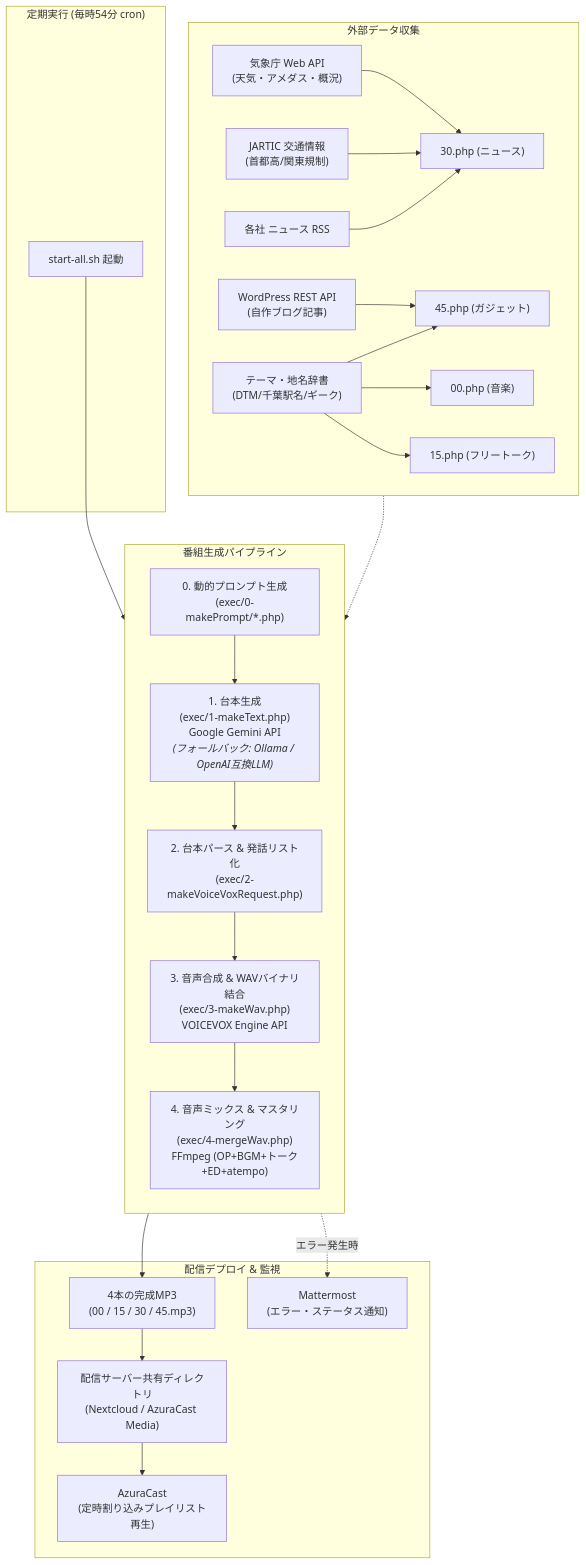
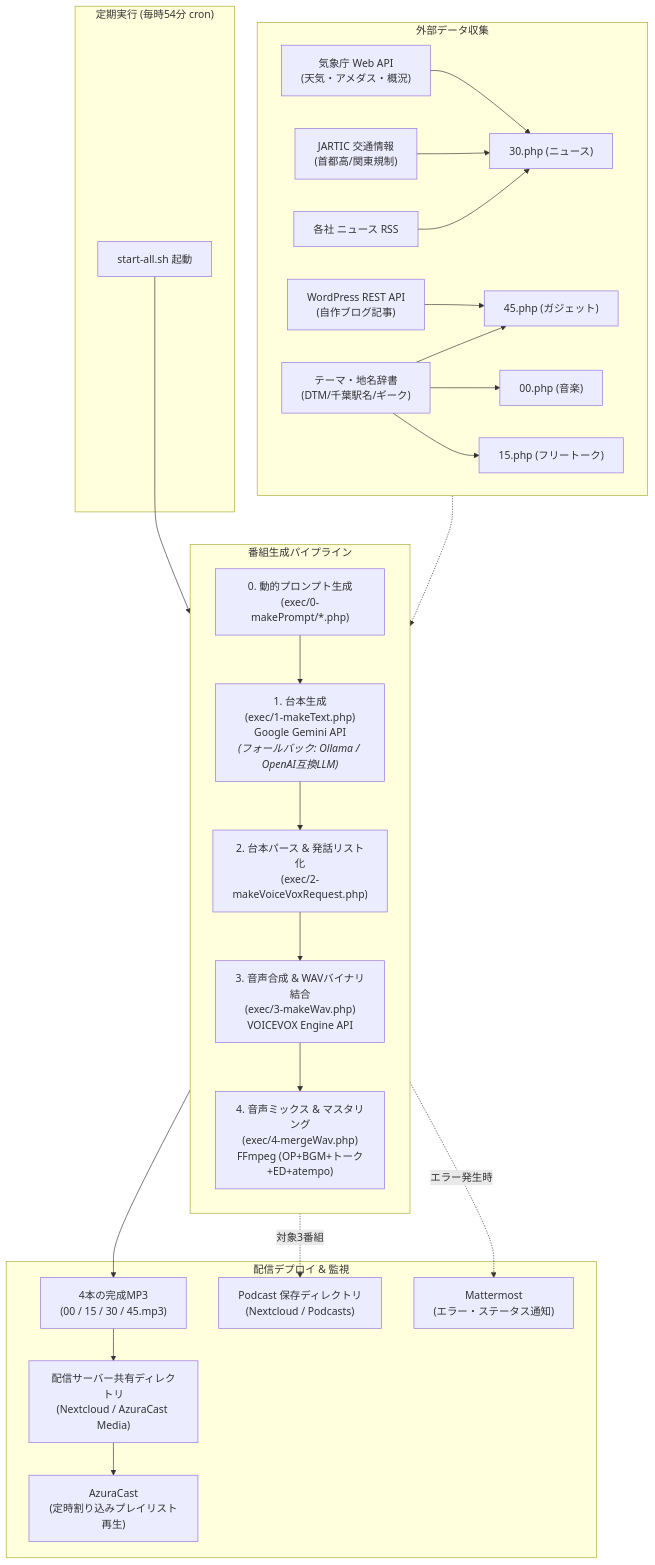
Before and after one commit to jikantoki/gemini-voicevox-radio: the diagram in README.md, drawn with Mermaid. The commit also changed other lines of this file and 4 other files, not shown here.

````diff
--- a/README.md
+++ b/README.md
@@ -59,39 +63,41 @@
 ```mermaid
 flowchart TD
     subgraph CRON["定期実行 (毎時54分 cron)"]
         START["start-all.sh 起動"]
     end
 
     subgraph DATA_SOURCES["外部データ収集"]
         JMA["気象庁 Web API<br>(天気・アメダス・概況)"] --> P30["30.php (ニュース)"]
         JARTIC["JARTIC 交通情報<br>(首都高/関東規制)"] --> P30
         RSS["各社 ニュース RSS"] --> P30
         WP["WordPress REST API<br>(自作ブログ記事)"] --> P45["45.php (ガジェット)"]
         DICT["テーマ・地名辞書<br>(DTM/千葉駅名/ギーク)"] --> P00["00.php (音楽)"]
         DICT --> P15["15.php (フリートーク)"]
         DICT --> P45
     end
 
     subgraph PIPELINE["番組生成パイプライン"]
         direction TB
         STEP0["0. 動的プロンプト生成<br>(exec/0-makePrompt/*.php)"]
         STEP1["1. 台本生成<br>(exec/1-makeText.php)<br>Google Gemini API<br><i>(フォールバック: Ollama / OpenAI互換LLM)</i>"]
         STEP2["2. 台本パース & 発話リスト化<br>(exec/2-makeVoiceVoxRequest.php)"]
         STEP3["3. 音声合成 & WAVバイナリ結合<br>(exec/3-makeWav.php)<br>VOICEVOX Engine API"]
         STEP4["4. 音声ミックス & マスタリング<br>(exec/4-mergeWav.php)<br>FFmpeg (OP+BGM+トーク+ED+atempo)"]
 
         STEP0 --> STEP1 --> STEP2 --> STEP3 --> STEP4
     end
 
     subgraph DEPLOY["配信デプロイ & 監視"]
         MP3["4本の完成MP3<br>(00 / 15 / 30 / 45.mp3)"]
         DEST["配信サーバー共有ディレクトリ<br>(Nextcloud / AzuraCast Media)"]
+        PODCAST["Podcast 保存ディレクトリ<br>(Nextcloud / Podcasts)"]
         AZURA["AzuraCast<br>(定時割り込みプレイリスト再生)"]
         MATTERMOST["Mattermost<br>(エラー・ステータス通知)"]
     end
 
     START --> PIPELINE
     DATA_SOURCES -.-> STEP0
     STEP4 --> MP3 --> DEST --> AZURA
+    STEP4 -. 対象3番組 .-> PODCAST
     PIPELINE -. エラー発生時 .-> MATTERMOST
 ```
````
